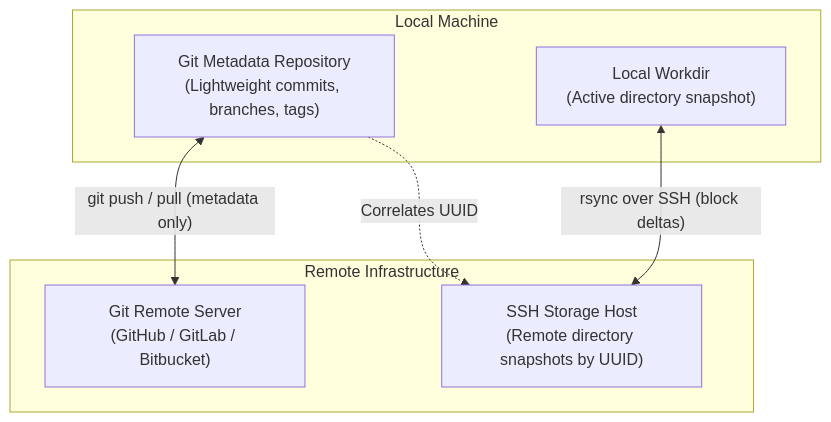
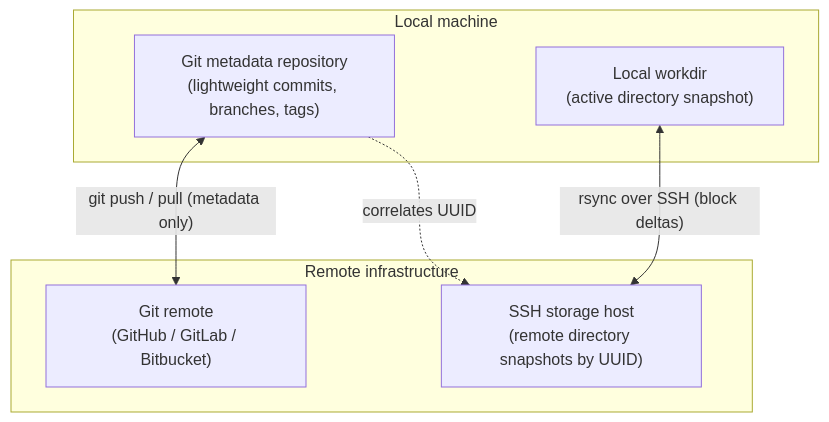
Before and after one commit to bvarnai/git-drev: the first of 2 diagrams in docs/user-guide/01-philosophy.md, drawn with Mermaid. The commit also changed other lines of this file and 8 other files, not shown here.

````diff
--- a/docs/user-guide/01-philosophy.md
+++ b/docs/user-guide/01-philosophy.md
@@ -28,16 +28,16 @@
 ```mermaid
 flowchart TD
-    subgraph Local["Local Machine"]
-        GitRepo["Git Metadata Repository<br/>(Lightweight commits, branches, tags)"]
-        WorkDir["Local Workdir<br/>(Active directory snapshot)"]
+    subgraph Local["Local machine"]
+        GitRepo["Git metadata repository<br/>(lightweight commits, branches, tags)"]
+        WorkDir["Local workdir<br/>(active directory snapshot)"]
     end
 
-    subgraph Remote["Remote Infrastructure"]
-        GitRemote["Git Remote Server<br/>(GitHub / GitLab / Bitbucket)"]
-        StorageServer["SSH Storage Host<br/>(Remote directory snapshots by UUID)"]
+    subgraph Remote["Remote infrastructure"]
+        GitRemote["Git remote<br/>(GitHub / GitLab / Bitbucket)"]
+        StorageServer["SSH storage host<br/>(remote directory snapshots by UUID)"]
     end
 
     GitRepo <-->|"git push / pull (metadata only)"| GitRemote
     WorkDir <-->|"rsync over SSH (block deltas)"| StorageServer
-    GitRepo -.->|"Correlates UUID"| StorageServer
+    GitRepo -.->|"correlates UUID"| StorageServer
 ```
````
